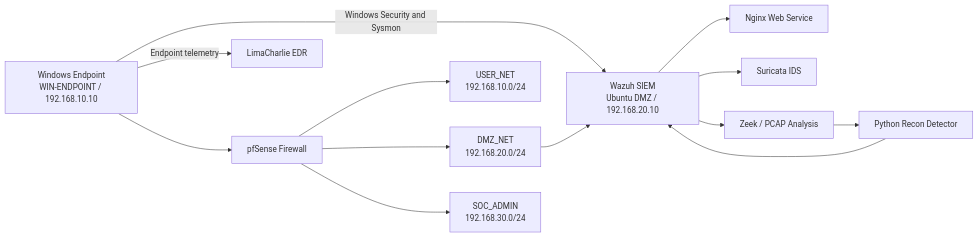
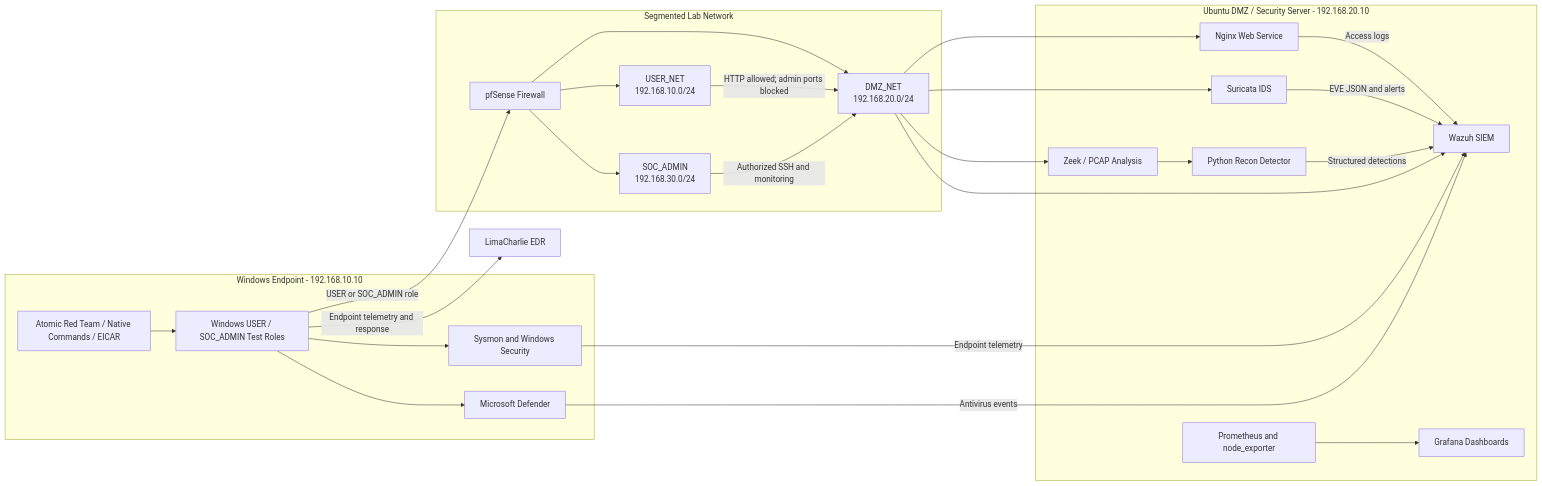
One commit to LeMinhQuang1232/soc-blue-team-detection-engineering changed the diagram in README.md. Above: the diagram before and after it, drawn with Mermaid. The commit also changed other lines of this file, not shown here.

Commit message:
Restore project links and update portfolio architecture

````diff
--- a/README.md
+++ b/README.md
@@ -13,27 +13,53 @@
 ```mermaid
 flowchart LR
-    WIN["Windows Endpoint<br/>WIN-ENDPOINT / 192.168.10.10"]
-    WAZUH["Wazuh SIEM<br/>Ubuntu DMZ / 192.168.20.10"]
+    subgraph ENDPOINT["Windows Endpoint - 192.168.10.10"]
+        TESTS["Atomic Red Team / Native Commands / EICAR"]
+        WIN["Windows USER / SOC_ADMIN Test Roles"]
+        SYSMON["Sysmon and Windows Security"]
+        DEFENDER["Microsoft Defender"]
+
+        TESTS --> WIN
+        WIN --> SYSMON
+        WIN --> DEFENDER
+    end
+
+    subgraph NETWORK["Segmented Lab Network"]
+        PFS["pfSense Firewall"]
+        USER["USER_NET<br/>192.168.10.0/24"]
+        DMZ["DMZ_NET<br/>192.168.20.0/24"]
+        ADMIN["SOC_ADMIN<br/>192.168.30.0/24"]
+
+        PFS --> USER
+        PFS --> DMZ
+        PFS --> ADMIN
+    end
+
+    subgraph SERVER["Ubuntu DMZ / Security Server - 192.168.20.10"]
+        WAZUH["Wazuh SIEM"]
+        NGINX["Nginx Web Service"]
+        SURICATA["Suricata IDS"]
+        ZEEK["Zeek / PCAP Analysis"]
+        PYTHON["Python Recon Detector"]
+        PROM["Prometheus and node_exporter"]
+        GRAFANA["Grafana Dashboards"]
+
+        NGINX -->|"Access logs"| WAZUH
+        SURICATA -->|"EVE JSON and alerts"| WAZUH
+        ZEEK --> PYTHON
+        PYTHON -->|"Structured detections"| WAZUH
+        PROM --> GRAFANA
+    end
+
     LC["LimaCharlie EDR"]
-    PFS["pfSense Firewall"]
-    USER["USER_NET<br/>192.168.10.0/24"]
-    DMZ["DMZ_NET<br/>192.168.20.0/24"]
-    ADMIN["SOC_ADMIN<br/>192.168.30.0/24"]
-    NGINX["Nginx Web Service"]
-    SURICATA["Suricata IDS"]
-    ZEEK["Zeek / PCAP Analysis"]
-    PY["Python Recon Detector"]
 
-    WIN -->|"Windows Security and Sysmon"| WAZUH
-    WIN -->|"Endpoint telemetry"| LC
-    WIN --> PFS
-    PFS --> USER
-    PFS --> DMZ
-    PFS --> ADMIN
+    WIN -->|"USER or SOC_ADMIN role"| PFS
+    USER -->|"HTTP allowed; admin ports blocked"| DMZ
+    ADMIN -->|"Authorized SSH and monitoring"| DMZ
     DMZ --> WAZUH
-    WAZUH --> NGINX
-    WAZUH --> SURICATA
-    WAZUH --> ZEEK
-    ZEEK --> PY
-    PY --> WAZUH
+    DMZ --> NGINX
+    DMZ --> SURICATA
+    DMZ --> ZEEK
+    SYSMON -->|"Endpoint telemetry"| WAZUH
+    DEFENDER -->|"Antivirus events"| WAZUH
+    WIN -->|"Endpoint telemetry and response"| LC
 ```
````
